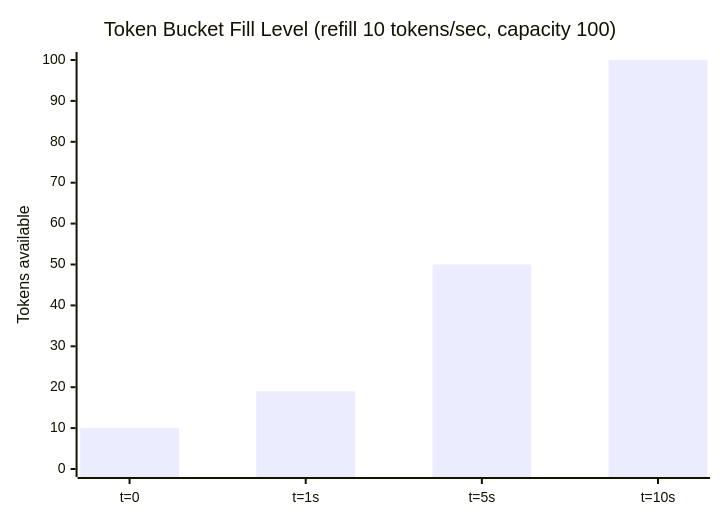
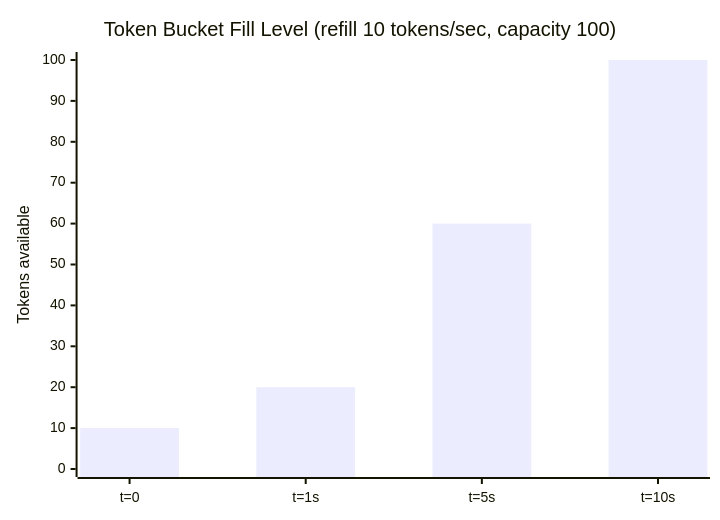
Before and after one commit to rppol/system-design: the first of 7 diagrams in src/main/java/com/rutik/systemdesign/backend/rate_limiting_in_depth/README.md, drawn with Mermaid. The commit also changed other lines of this file and 9 other files, not shown here.

````diff
--- a/src/main/java/com/rutik/systemdesign/backend/rate_limiting_in_depth/README.md
+++ b/src/main/java/com/rutik/systemdesign/backend/rate_limiting_in_depth/README.md
@@ -133,7 +133,7 @@
 ```mermaid
 xychart-beta
     title "Token Bucket Fill Level (refill 10 tokens/sec, capacity 100)"
     x-axis ["t=0", "t=1s", "t=5s", "t=10s"]
     y-axis "Tokens available" 0 --> 100
-    bar [10, 19, 50, 100]
+    bar [10, 20, 60, 100]
 ```
````
